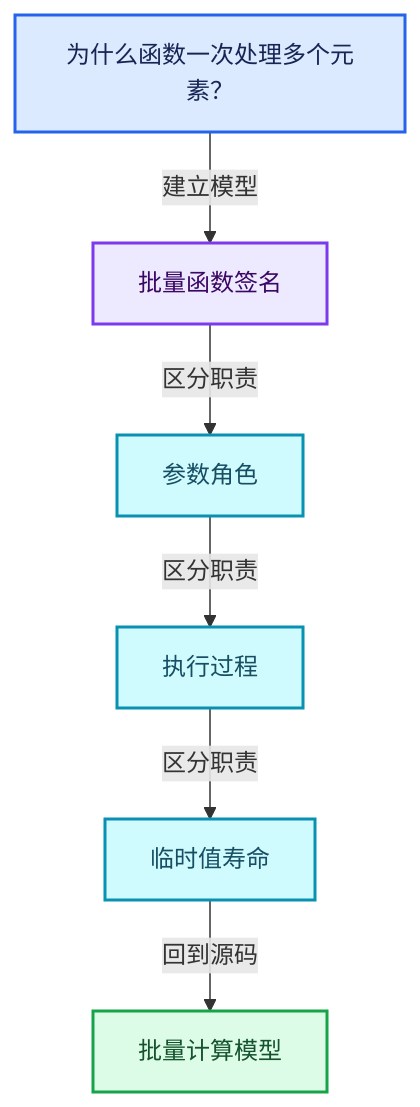
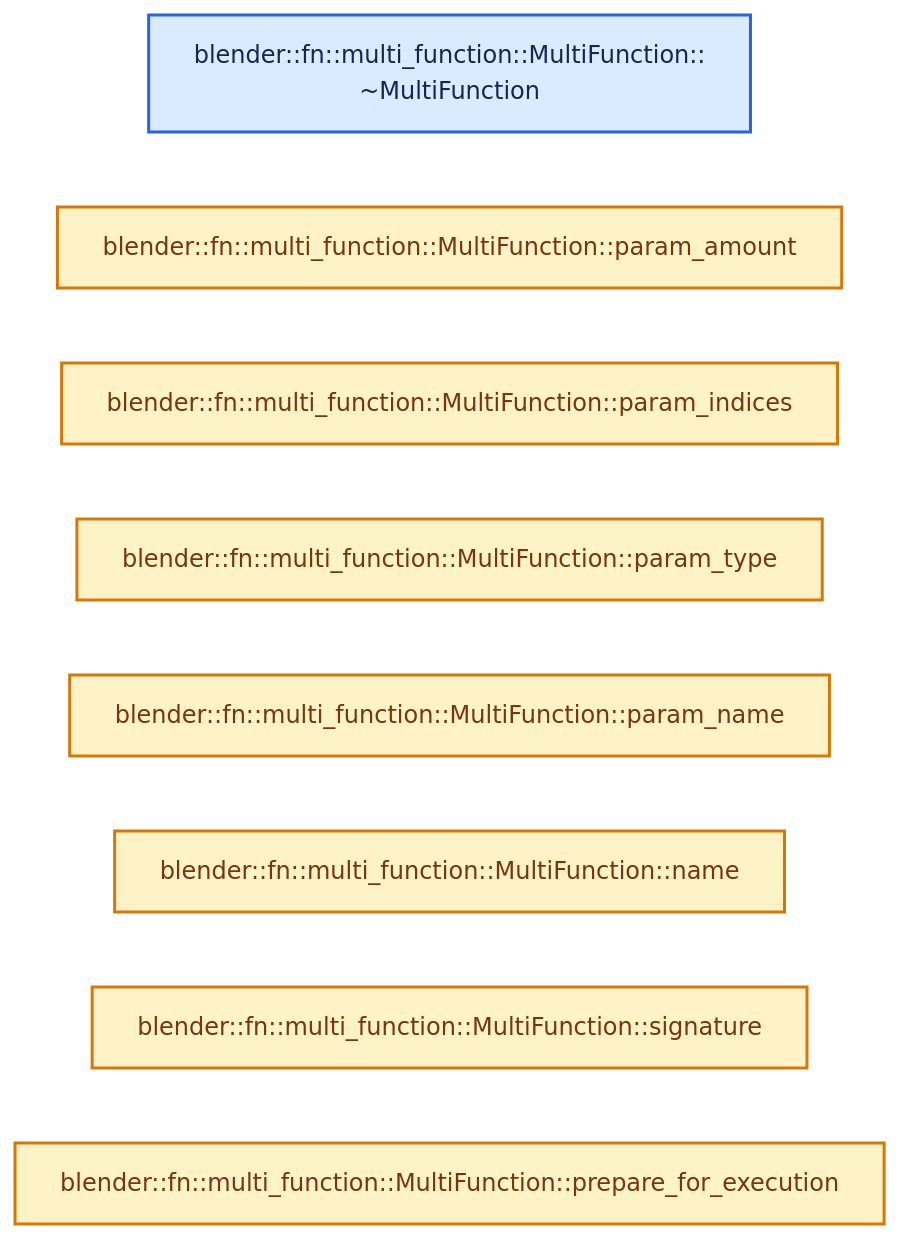
Before and after one commit to yunkezengren/blender-.vscode: the second of 4 diagrams in 杂/markdown/全面学习-codex/07-MultiFunction与批量执行/01-批量计算模型.md, drawn with Mermaid. The commit also changed other lines of this file and 1930 other files, not shown here.

````diff
--- a/杂/markdown/全面学习-codex/07-MultiFunction与批量执行/01-批量计算模型.md
+++ b/杂/markdown/全面学习-codex/07-MultiFunction与批量执行/01-批量计算模型.md
@@ -59,20 +46,17 @@
 ```mermaid
-flowchart TB
-  Q["为什么函数一次处理多个元素？"]:::input
-  C0["批量函数签名"]:::abstraction
-  C1["参数角色"]:::data
-  C2["执行过程"]:::data
-  C3["临时值寿命"]:::data
-  R["批量计算模型"]:::result
-  Q -->|"建立模型"| C0
-  C0 -->|"区分职责"| C1
-  C1 -->|"区分职责"| C2
-  C2 -->|"区分职责"| C3
-  C3 -->|"回到源码"| R
+flowchart LR
+  F0["blender::fn::multi_function::MultiFunction::<br/>~MultiFunction"]:::input
+  F1["blender::fn::multi_function::MultiFunction::param_amount"]:::compute
+  F2["blender::fn::multi_function::MultiFunction::param_indices"]:::compute
+  F3["blender::fn::multi_function::MultiFunction::param_type"]:::compute
+  F4["blender::fn::multi_function::MultiFunction::param_name"]:::compute
+  F5["blender::fn::multi_function::MultiFunction::name"]:::compute
+  F6["blender::fn::multi_function::MultiFunction::signature"]:::compute
+  F7["blender::fn::multi_function::MultiFunction::prepare_for_execution"]:::compute
   classDef input fill:#DBEAFE,stroke:#2563EB,color:#172554,stroke-width:2px;
   classDef data fill:#CFFAFE,stroke:#0891B2,color:#164E63,stroke-width:2px;
   classDef abstraction fill:#EDE9FE,stroke:#7C3AED,color:#3B0764,stroke-width:2px;
   classDef compute fill:#FEF3C7,stroke:#D97706,color:#78350F,stroke-width:2px;
   classDef result fill:#DCFCE7,stroke:#16A34A,color:#14532D,stroke-width:2px;
   classDef error fill:#FEE2E2,stroke:#DC2626,color:#7F1D1D,stroke-width:2px;
 ```
````
